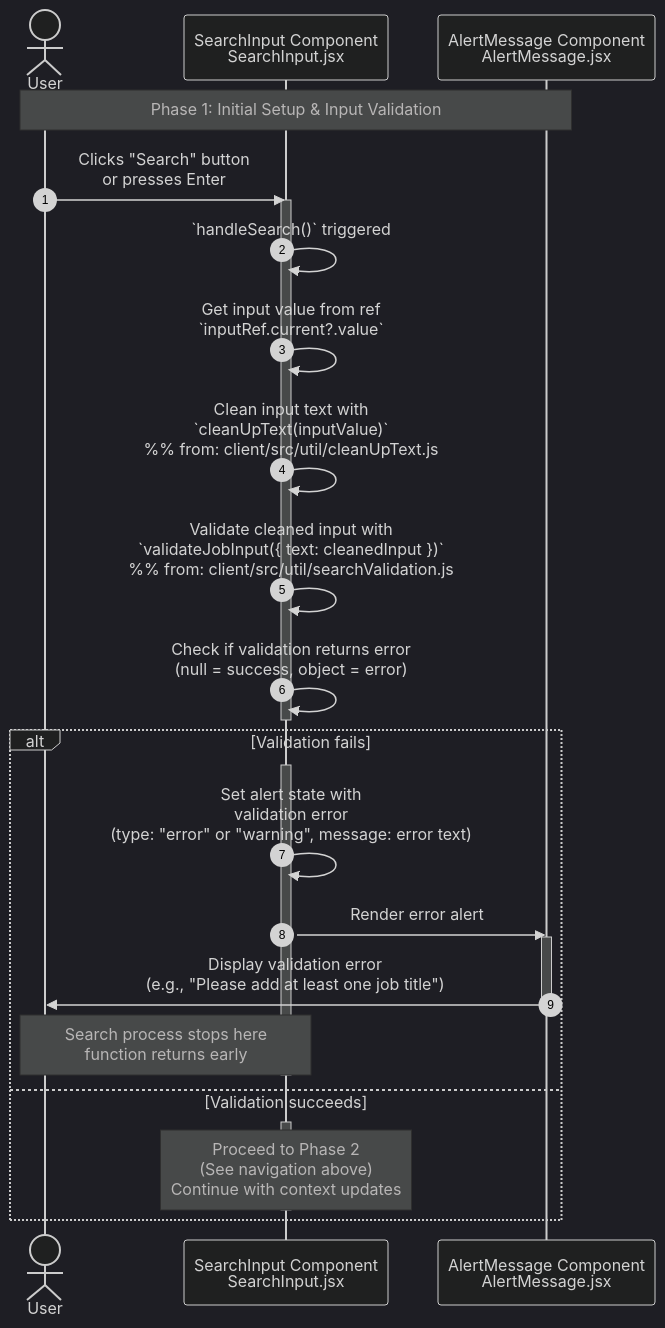
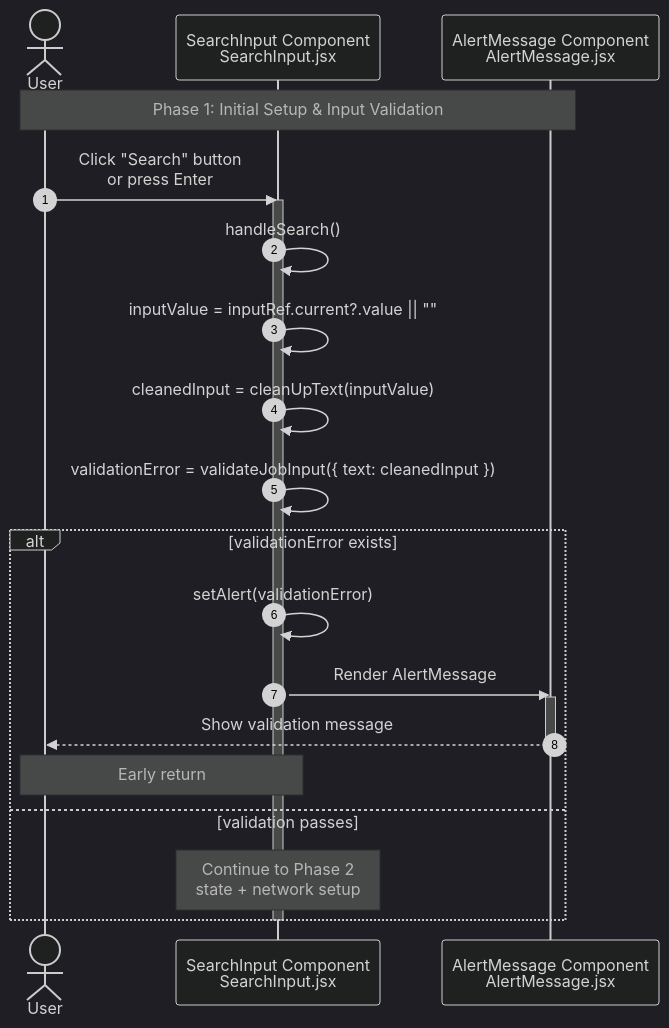
Before and after one commit to YahyaAl-Ademi/2025.10.23-JobCompass: the diagram in documentation/jobFetch/1.Initial Setup & Input Validation.md, drawn with Mermaid (dark theme). The commit also changed 14 other files, not shown here.

Commit message:
Refactor job fetch documentation: Update background scraper fetch, database caching, travel details, and response delivery processes; enhance flowchart for clarity and accuracy.

````diff
--- a/documentation/jobFetch/1.Initial Setup & Input Validation.md
+++ b/documentation/jobFetch/1.Initial Setup & Input Validation.md
@@ -7,35 +7,32 @@
 ```mermaid
 sequenceDiagram
     autonumber
     actor User
     %% File paths:
     %% SearchInput: client/src/components/SearchInput/SearchInput.jsx
     %% AlertMessage: client/src/components/AlertMessage/AlertMessage.jsx
+    %% cleanUpText: client/src/util/cleanUpText.js
+    %% validateJobInput: client/src/util/searchValidation.js
     participant SearchInput as SearchInput Component<br/>SearchInput.jsx
     participant AlertMessage as AlertMessage Component<br/>AlertMessage.jsx
 
     Note over User,AlertMessage: Phase 1: Initial Setup & Input Validation
-    User->>SearchInput: Clicks "Search" button<br/>or presses Enter
+    User->>SearchInput: Click "Search" button<br/>or press Enter
     activate SearchInput
-    SearchInput->>SearchInput: `handleSearch()` triggered
-    SearchInput->>SearchInput: Get input value from ref<br/>`inputRef.current?.value`
-    SearchInput->>SearchInput: Clean input text with<br/>`cleanUpText(inputValue)`<br/>%% from: client/src/util/cleanUpText.js
-    SearchInput->>SearchInput: Validate cleaned input with<br/>`validateJobInput({ text: cleanedInput })`<br/>%% from: client/src/util/searchValidation.js
-    SearchInput->>SearchInput: Check if validation returns error<br/>(null = success, object = error)
+    SearchInput->>SearchInput: handleSearch()
+    SearchInput->>SearchInput: inputValue = inputRef.current?.value || ""
+    SearchInput->>SearchInput: cleanedInput = cleanUpText(inputValue)
+    SearchInput->>SearchInput: validationError = validateJobInput({ text: cleanedInput })
+
+    alt validationError exists
+        SearchInput->>SearchInput: setAlert(validationError)
+        SearchInput->>AlertMessage: Render AlertMessage
+        activate AlertMessage
+        AlertMessage-->>User: Show validation message
+        deactivate AlertMessage
+        Note over SearchInput,User: Early return
+    else validation passes
+        Note over SearchInput: Continue to Phase 2<br/>state + network setup
+    end
     deactivate SearchInput
-
-    alt Validation fails
-        activate SearchInput
-        SearchInput->>SearchInput: Set alert state with<br/>validation error<br/>(type: "error" or "warning", message: error text)
-        SearchInput->>AlertMessage: Render error alert
-        activate AlertMessage
-        AlertMessage->>User: Display validation error<br/>(e.g., "Please add at least one job title")
-        deactivate AlertMessage
-        Note over SearchInput,User: Search process stops here<br/>function returns early
-        deactivate SearchInput
-    else Validation succeeds
-        activate SearchInput
-        Note over SearchInput: Proceed to Phase 2<br/>(See navigation above)<br/>Continue with context updates
-        deactivate SearchInput
-    end
 ```
````
